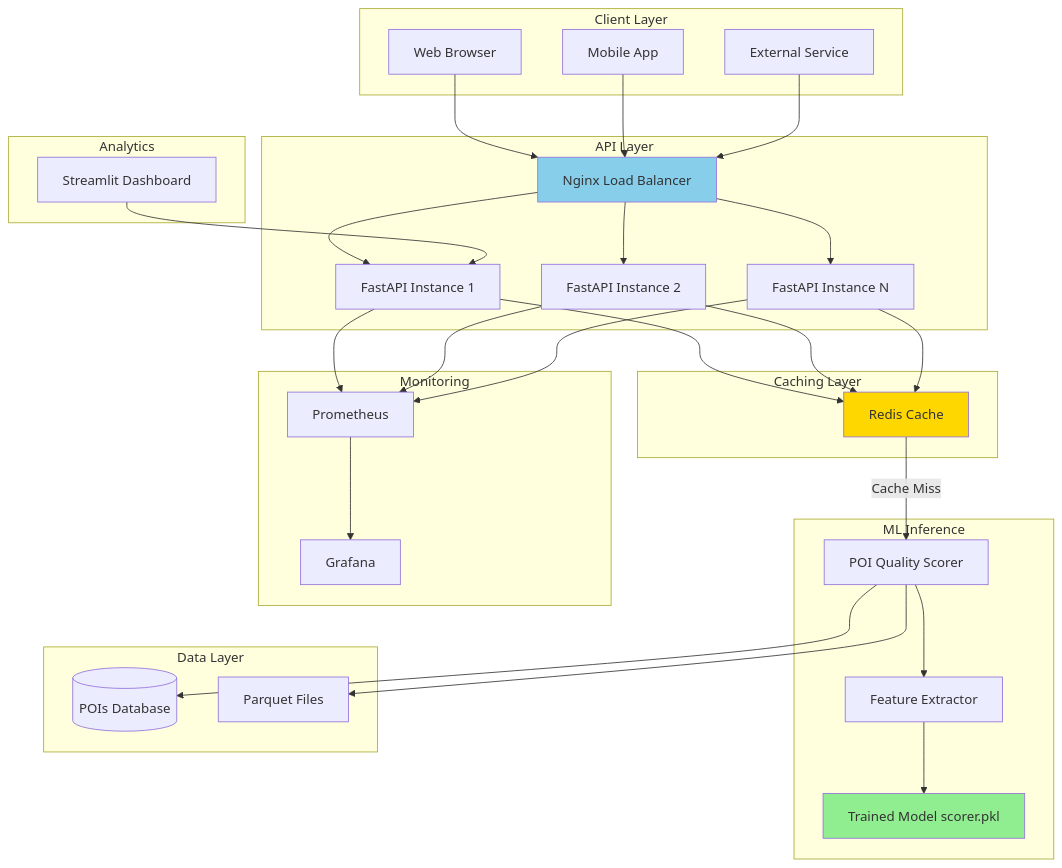
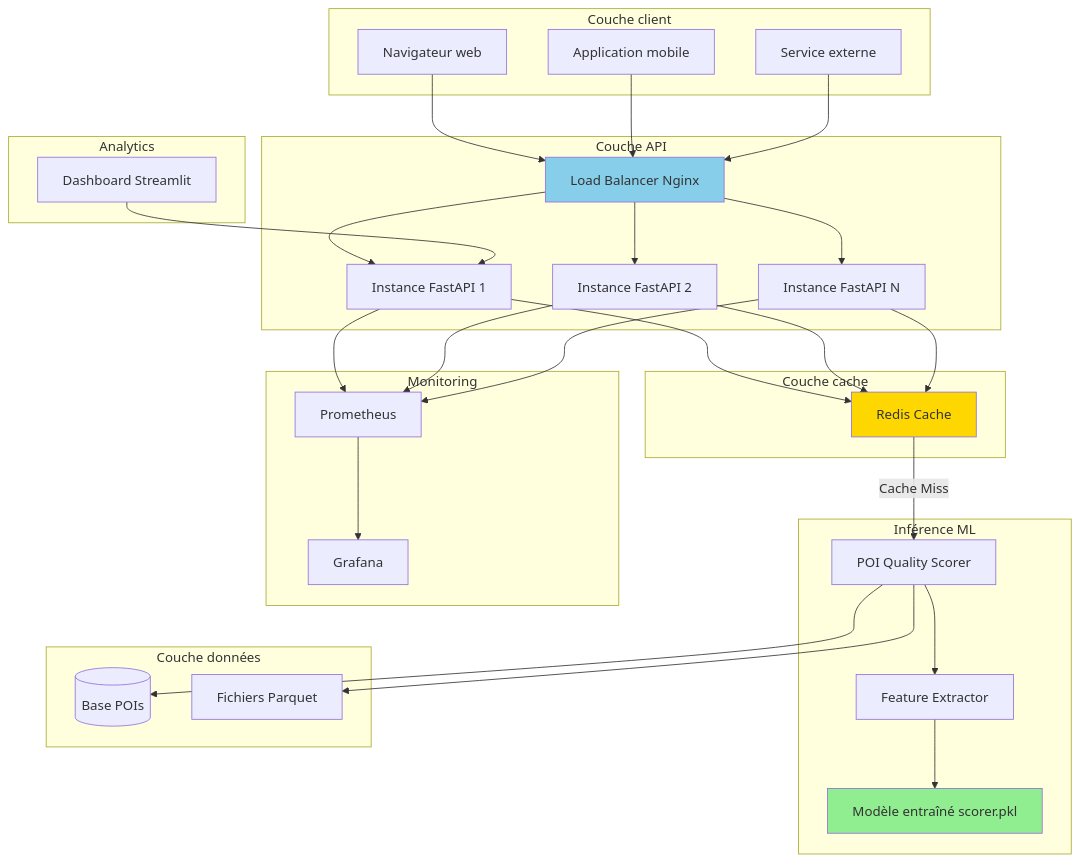
Before and after one commit to Aguern/alpine-guide-ML: the second of 4 diagrams in README.md, drawn with Mermaid. The commit also changed other lines of this file, not shown here.

````diff
--- a/README.md
+++ b/README.md
@@ -155,70 +155,70 @@
 ```mermaid
 graph TB
-    subgraph "Client Layer"
-        A[Web Browser]
-        B[Mobile App]
-        C[External Service]
+    subgraph "Couche client"
+        A[Navigateur web]
+        B[Application mobile]
+        C[Service externe]
     end
 
-    subgraph "API Layer"
-        D[Nginx Load Balancer]
-        E1[FastAPI Instance 1]
-        E2[FastAPI Instance 2]
-        E3[FastAPI Instance N]
+    subgraph "Couche API"
+        D[Load Balancer Nginx]
+        E1[Instance FastAPI 1]
+        E2[Instance FastAPI 2]
+        E3[Instance FastAPI N]
     end
 
-    subgraph "Caching Layer"
+    subgraph "Couche cache"
         F[Redis Cache]
     end
 
-    subgraph "ML Inference"
+    subgraph "Inférence ML"
         G[POI Quality Scorer]
         H[Feature Extractor]
-        I[Trained Model scorer.pkl]
+        I[Modèle entraîné scorer.pkl]
     end
 
-    subgraph "Data Layer"
-        J[(POIs Database)]
-        K[Parquet Files]
+    subgraph "Couche données"
+        J[(Base POIs)]
+        K[Fichiers Parquet]
     end
 
     subgraph "Monitoring"
         L[Prometheus]
         M[Grafana]
     end
 
     subgraph "Analytics"
-        N[Streamlit Dashboard]
+        N[Dashboard Streamlit]
     end
 
     A --> D
     B --> D
     C --> D
 
     D --> E1
     D --> E2
     D --> E3
 
     E1 --> F
     E2 --> F
     E3 --> F
 
     F -- Cache Miss --> G
     G --> H
     H --> I
 
     G --> J
     G --> K
 
     E1 --> L
     E2 --> L
     E3 --> L
 
     L --> M
 
     N --> E1
 
     style I fill:#90EE90
     style F fill:#FFD700
     style D fill:#87CEEB
 ```
````
